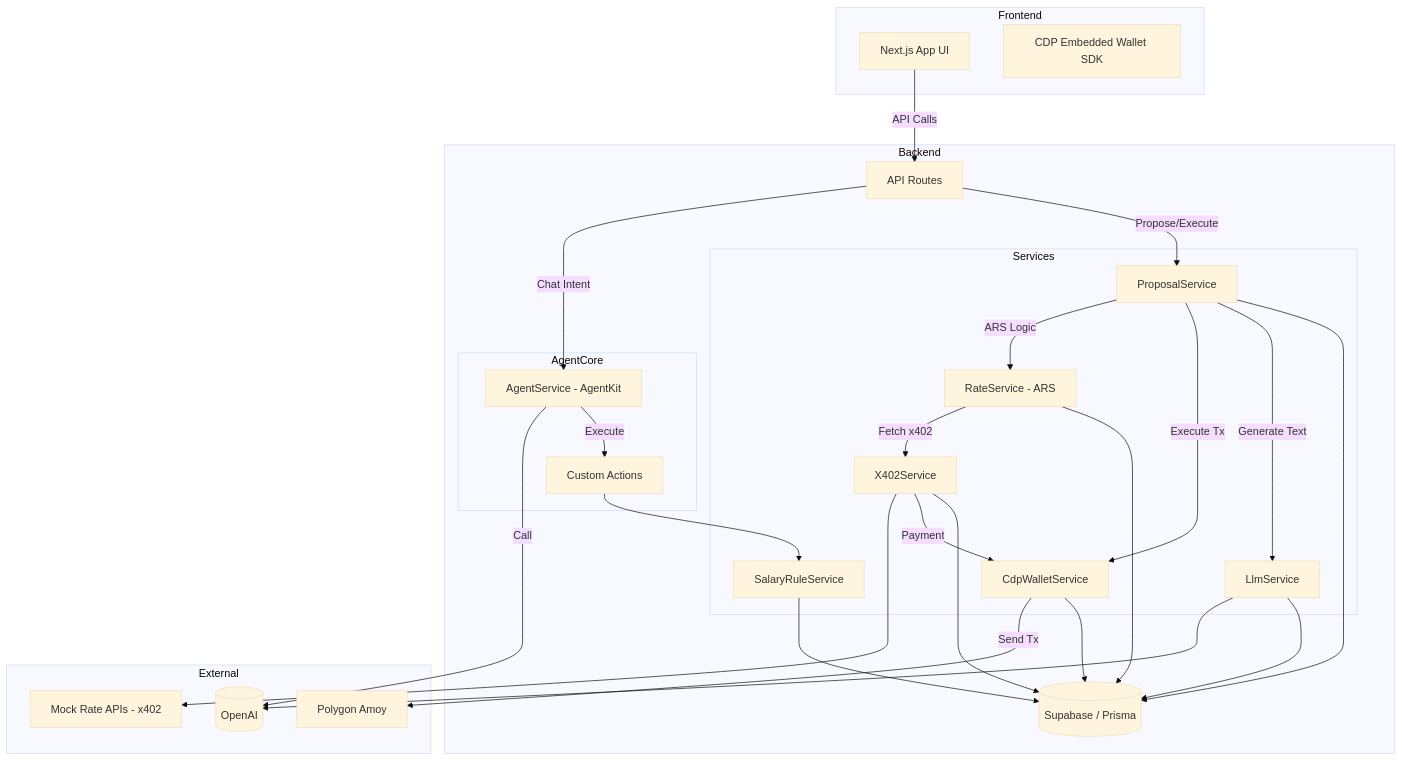
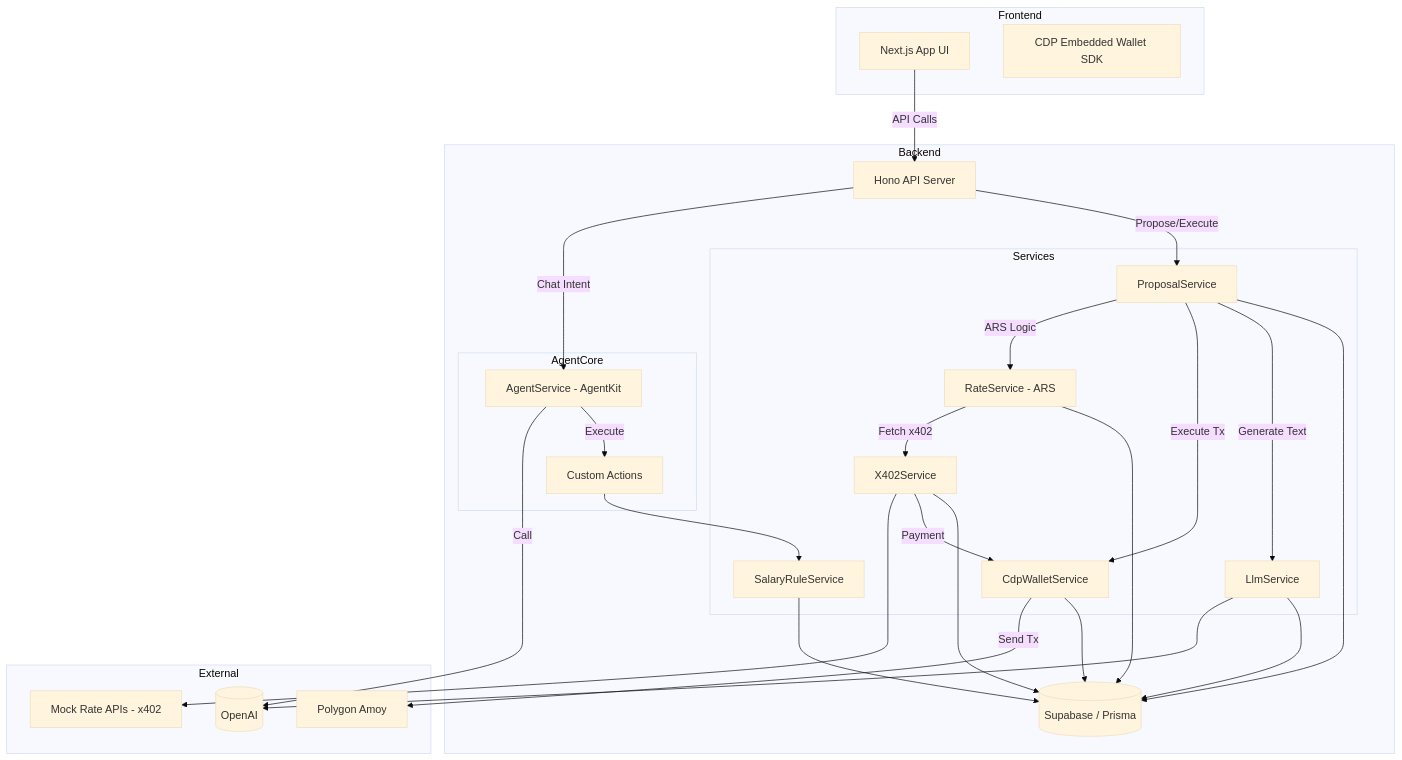
One commit to hiroism007/ETHGlobal-Buenos-Aires changed the diagram in spec/overview.md. Above: the diagram before and after it, drawn with Mermaid (base theme). The commit also changed other lines of this file and 3 other files, not shown here.

````diff
--- a/spec/overview.md
+++ b/spec/overview.md
@@ -22,64 +22,64 @@
 ```mermaid
 graph TD
     %% ==== Frontend ====
     subgraph Frontend
         F[Next.js App UI]
         EW[CDP Embedded Wallet SDK]
     end
 
     %% ==== Backend ====
     subgraph Backend
-        API[API Routes]
+        API[Hono API Server]
 
         subgraph AgentCore
             AS[AgentService - AgentKit]
             ACT[Custom Actions]
         end
 
         subgraph Services
             SRV_RULE[SalaryRuleService]
             SRV_RATE[RateService - ARS]
             SRV_X402[X402Service]
             SRV_CDP[CdpWalletService]
             SRV_PROP[ProposalService]
             SRV_LLM[LlmService]
         end
 
         DB[(Supabase / Prisma)]
     end
 
     %% ==== External ====
     subgraph External
         LLM_EXT[(OpenAI)]
         POLYGON[Polygon Amoy]
         MOCK_APIS[Mock Rate APIs - x402]
     end
 
     %% ==== Edges ====
     F -- API Calls --> API
     API -- Chat Intent --> AS
     AS -- Call --> LLM_EXT
     AS -- Execute --> ACT
     ACT --> SRV_RULE
 
     API -- Propose/Execute --> SRV_PROP
 
     SRV_PROP -- ARS Logic --> SRV_RATE
     SRV_RATE -- Fetch x402 --> SRV_X402
     SRV_X402 --> MOCK_APIS
 
     SRV_X402 -- Payment --> SRV_CDP
     SRV_PROP -- Execute Tx --> SRV_CDP
     SRV_CDP -- Send Tx --> POLYGON
 
     SRV_PROP -- Generate Text --> SRV_LLM
     SRV_LLM --> LLM_EXT
 
     SRV_RULE --> DB
     SRV_RATE --> DB
     SRV_X402 --> DB
     SRV_CDP --> DB
     SRV_PROP --> DB
     SRV_LLM --> DB
 
 ```
````
